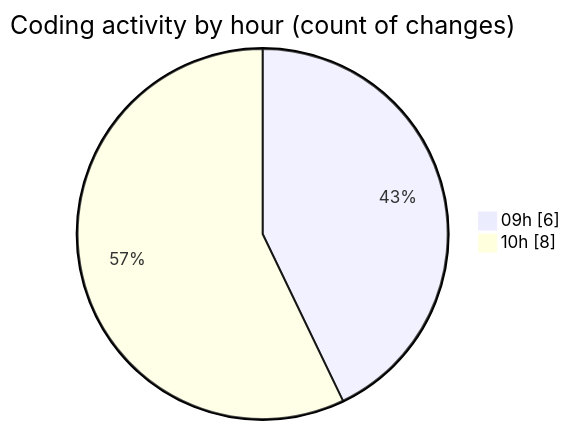
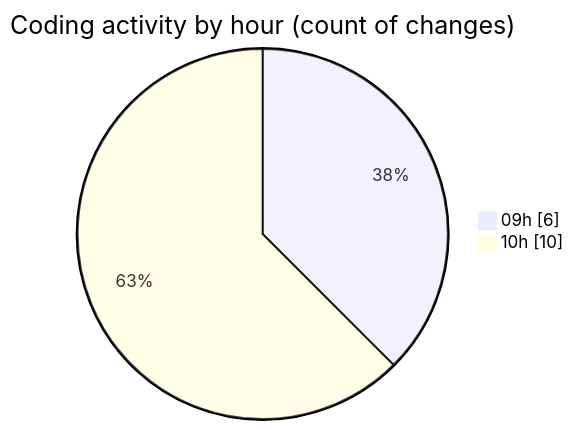
Before and after one commit to momahboobian/code-tracking: the second of 2 diagrams in 2026-01-15/cda/README.md, drawn with Mermaid. The commit also changed other lines of this file and 1 other file, not shown here.

````diff
--- a/2026-01-15/cda/README.md
+++ b/2026-01-15/cda/README.md
@@ -34,6 +35,6 @@
 ```mermaid
 pie showData
 title Coding activity by hour (count of changes)
 "09h" : 6
-"10h" : 8
+"10h" : 10
 ```
````
